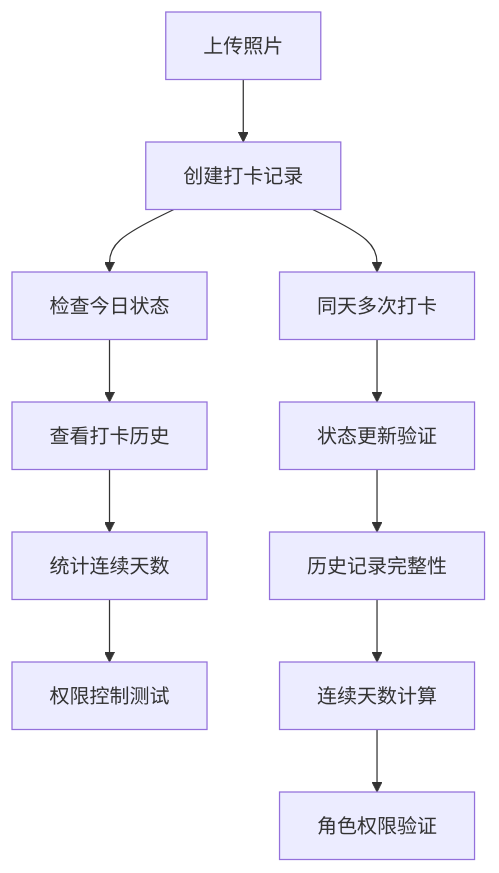
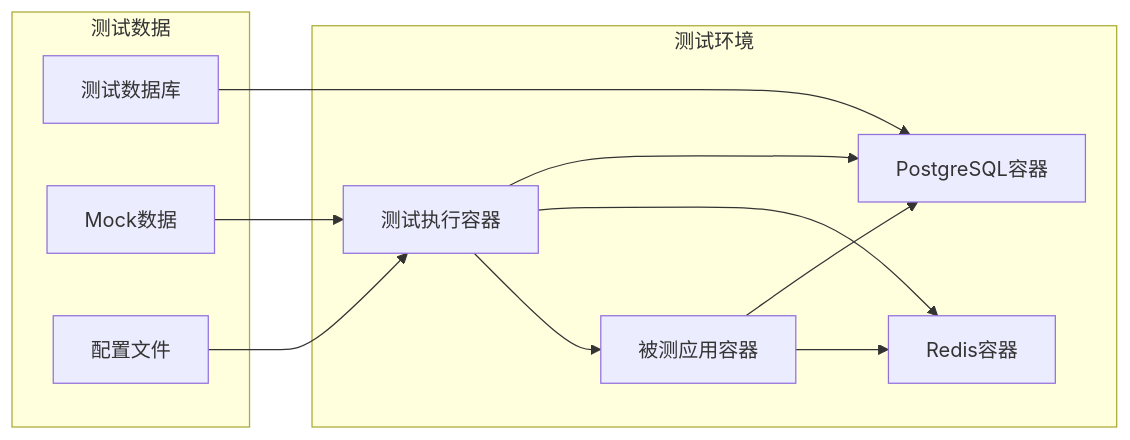
Before and after one commit to onebody/homework: the fourth of 4 diagrams in .qoder/repowiki/zh/content/测试策略.md, drawn with Mermaid. The commit also changed other lines of this file and 14 other files, not shown here.

````diff
--- a/.qoder/repowiki/zh/content/测试策略.md
+++ b/.qoder/repowiki/zh/content/测试策略.md
@@ -267,13 +131,22 @@
 ```mermaid
-flowchart TD
-A["上传照片"] --> B["创建打卡记录"]
-B --> C["检查今日状态"]
-C --> D["查看打卡历史"]
-D --> E["统计连续天数"]
-E --> F["权限控制测试"]
-B --> SameDay["同天多次打卡"]
-SameDay --> StatusUpdate["状态更新验证"]
-StatusUpdate --> HistoryCheck["历史记录完整性"]
-HistoryCheck --> StreakCalc["连续天数计算"]
-StreakCalc --> RoleCheck["角色权限验证"]
+graph LR
+subgraph "测试环境"
+A["PostgreSQL容器"]
+B["Redis容器"]
+C["被测应用容器"]
+D["测试执行容器"]
+end
+subgraph "测试数据"
+E["测试数据库"]
+F["Mock数据"]
+G["配置文件"]
+end
+D --> A
+D --> B
+D --> C
+C --> A
+C --> B
+E --> A
+F --> D
+G --> D
 ```
````
